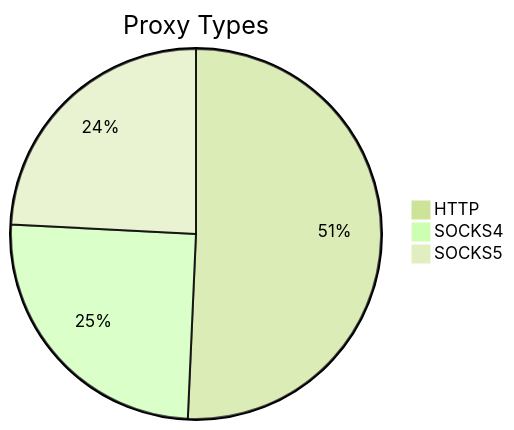
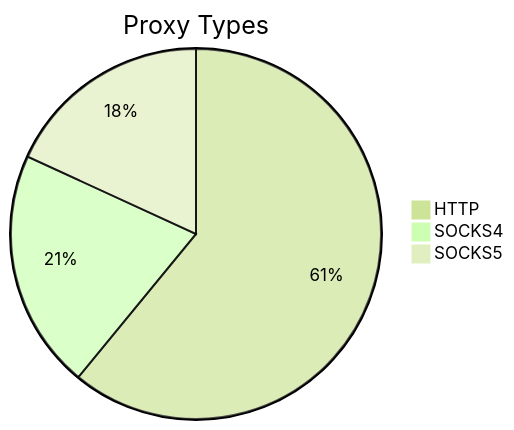
Before and after one commit to stormsia/proxy-list: the first of 2 diagrams in README.md, drawn with Mermaid (forest theme). The commit also changed other lines of this file, not shown here.

````diff
--- a/README.md
+++ b/README.md
@@ -21,6 +21,6 @@
 ```mermaid
 pie title Proxy Types
-    "HTTP" : 216
-    "SOCKS4" : 107
-    "SOCKS5" : 103
+    "HTTP" : 309
+    "SOCKS4" : 106
+    "SOCKS5" : 92
 ```
````
